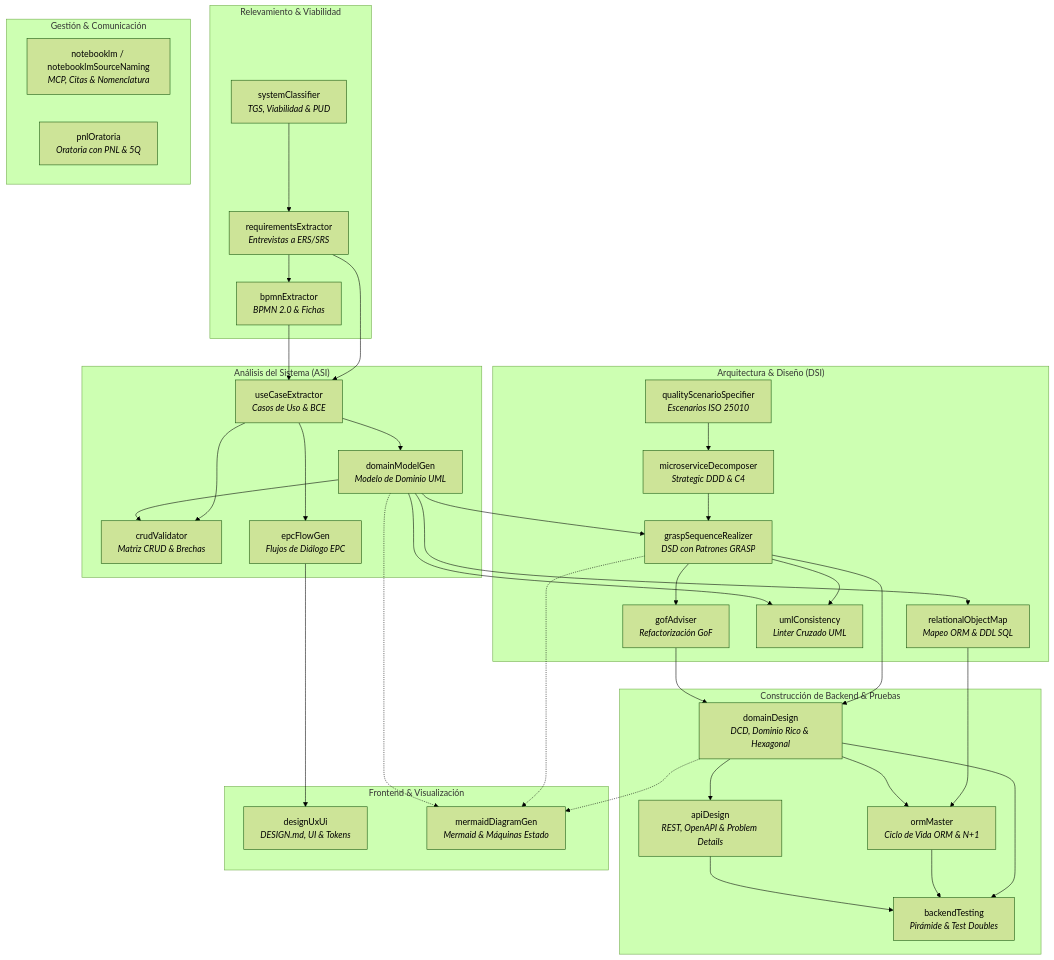
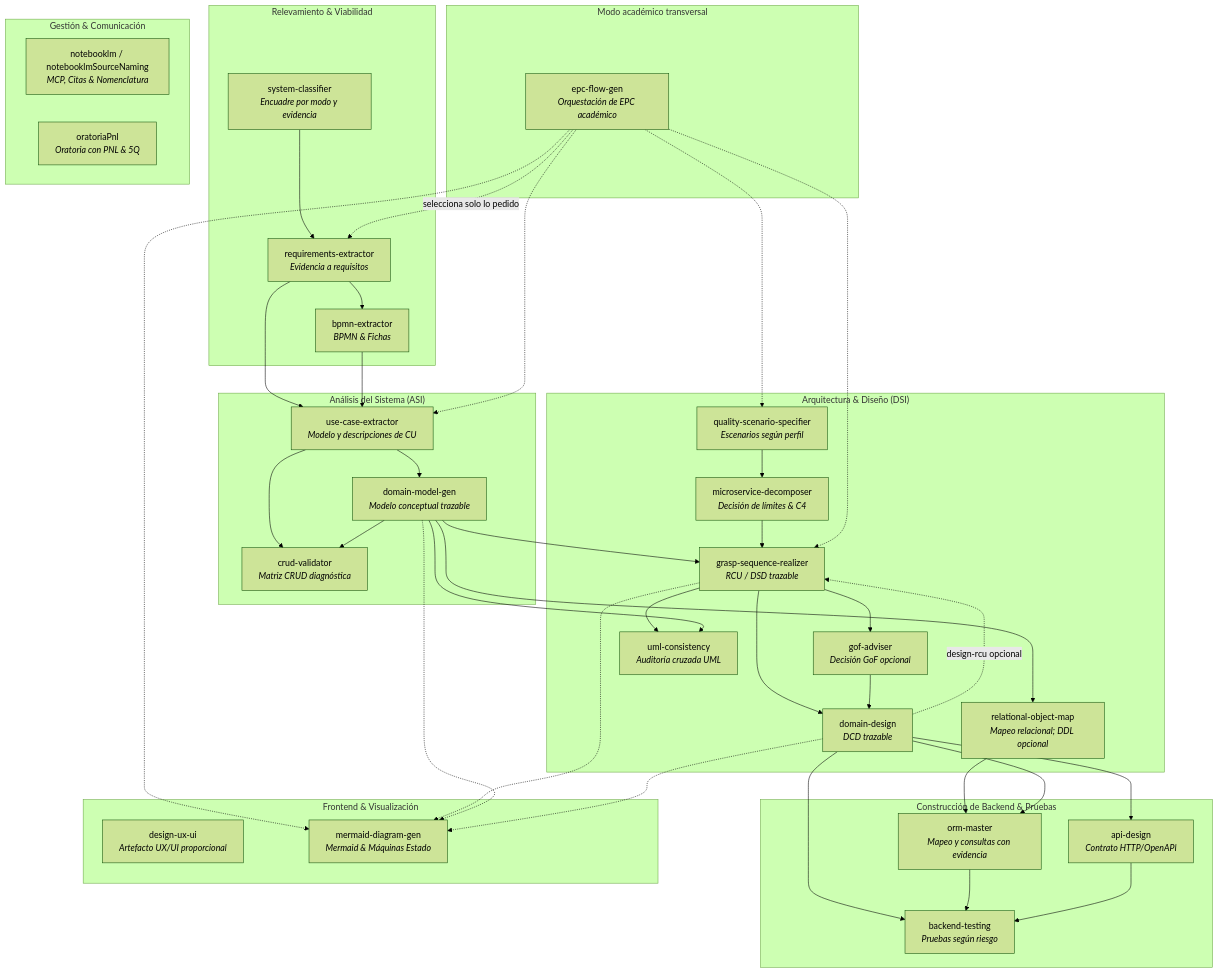
The diagram in README.md (MartinG94/skills), drawn with Mermaid (forest theme) before and after one commit. The commit also changed other lines of this file and 74 other files, not shown here.

````diff
--- a/README.md
+++ b/README.md
@@ -50,69 +53,76 @@
 ```mermaid
 flowchart TD
+    subgraph Orquestacion_Academica["Modo académico transversal"]
+        EPC[epc-flow-gen<br/><i>Orquestación de EPC académico</i>]
+    end
+
     subgraph Relevamiento_y_Estrategia["Relevamiento & Viabilidad"]
-        SC[systemClassifier<br/><i>TGS, Viabilidad & PUD</i>]
-        RE[requirementsExtractor<br/><i>Entrevistas a ERS/SRS</i>]
-        BPMN[bpmnExtractor<br/><i>BPMN 2.0 & Fichas</i>]
+        SC[system-classifier<br/><i>Encuadre por modo y evidencia</i>]
+        RE[requirements-extractor<br/><i>Evidencia a requisitos</i>]
+        BPMN[bpmn-extractor<br/><i>BPMN & Fichas</i>]
     end
 
     subgraph Analisis_del_Sistema["Análisis del Sistema (ASI)"]
-        UCE[useCaseExtractor<br/><i>Casos de Uso & BCE</i>]
-        DMG[domainModelGen<br/><i>Modelo de Dominio UML</i>]
-        CV[crudValidator<br/><i>Matriz CRUD & Brechas</i>]
-        EPC[epcFlowGen<br/><i>Flujos de Diálogo EPC</i>]
+        UCE[use-case-extractor<br/><i>Modelo y descripciones de CU</i>]
+        DMG[domain-model-gen<br/><i>Modelo conceptual trazable</i>]
+        CV[crud-validator<br/><i>Matriz CRUD diagnóstica</i>]
     end
 
     subgraph Arquitectura_y_Diseno["Arquitectura & Diseño (DSI)"]
-        QSS[qualityScenarioSpecifier<br/><i>Escenarios ISO 25010</i>]
-        MD[microserviceDecomposer<br/><i>Strategic DDD & C4</i>]
-        GSR[graspSequenceRealizer<br/><i>DSD con Patrones GRASP</i>]
-        GOF[gofAdviser<br/><i>Refactorización GoF</i>]
-        ROM[relationalObjectMap<br/><i>Mapeo ORM & DDL SQL</i>]
-        UMLC[umlConsistency<br/><i>Linter Cruzado UML</i>]
+        QSS[quality-scenario-specifier<br/><i>Escenarios según perfil</i>]
+        MD[microservice-decomposer<br/><i>Decisión de límites & C4</i>]
+        GSR[grasp-sequence-realizer<br/><i>RCU / DSD trazable</i>]
+        DD[domain-design<br/><i>DCD trazable</i>]
+        GOF[gof-adviser<br/><i>Decisión GoF opcional</i>]
+        ROM[relational-object-map<br/><i>Mapeo relacional; DDL opcional</i>]
+        UMLC[uml-consistency<br/><i>Auditoría cruzada UML</i>]
     end
 
     subgraph Construccion_Backend["Construcción de Backend & Pruebas"]
-        DD[domainDesign<br/><i>DCD, Dominio Rico & Hexagonal</i>]
-        ORM[ormMaster<br/><i>Ciclo de Vida ORM & N+1</i>]
-        API[apiDesign<br/><i>REST, OpenAPI & Problem Details</i>]
-        TEST[backendTesting<br/><i>Pirámide & Test Doubles</i>]
+        ORM[orm-master<br/><i>Mapeo y consultas con evidencia</i>]
+        API[api-design<br/><i>Contrato HTTP/OpenAPI</i>]
+        TEST[backend-testing<br/><i>Pruebas según riesgo</i>]
     end
 
     subgraph Frontend_y_Visualizacion["Frontend & Visualización"]
-        UXUI[designUxUi<br/><i>DESIGN.md, UI & Tokens</i>]
-        MDG[mermaidDiagramGen<br/><i>Mermaid & Máquinas Estado</i>]
+        UXUI[design-ux-ui<br/><i>Artefacto UX/UI proporcional</i>]
+        MDG[mermaid-diagram-gen<br/><i>Mermaid & Máquinas Estado</i>]
     end
 
     subgraph Soporte_Cognitivo["Gestión & Comunicación"]
         NLM[notebooklm / notebooklmSourceNaming<br/><i>MCP, Citas & Nomenclatura</i>]
-        PNL[pnlOratoria<br/><i>Oratoria con PNL & 5Q</i>]
+        PNL[oratoriaPnl<br/><i>Oratoria con PNL & 5Q</i>]
     end
 
     SC --> RE
     RE --> BPMN
     RE --> UCE
     BPMN --> UCE
     UCE --> DMG
     UCE --> CV
-    UCE --> EPC
     DMG --> CV
     DMG --> GSR
     QSS --> MD
     MD --> GSR
     GSR --> GOF
     DMG --> ROM
     GSR --> UMLC
     DMG --> UMLC
     GSR --> DD
+    DD -. design-rcu opcional .-> GSR
     GOF --> DD
     ROM --> ORM
     DD --> ORM
     DD --> API
     DD --> TEST
     ORM --> TEST
     API --> TEST
-    EPC --> UXUI
+    EPC -. selecciona solo lo pedido .-> RE
+    EPC -.-> UCE
+    EPC -.-> QSS
+    EPC -.-> GSR
+    EPC -.-> MDG
     GSR -.-> MDG
     DMG -.-> MDG
     DD -.-> MDG
 ```
````
